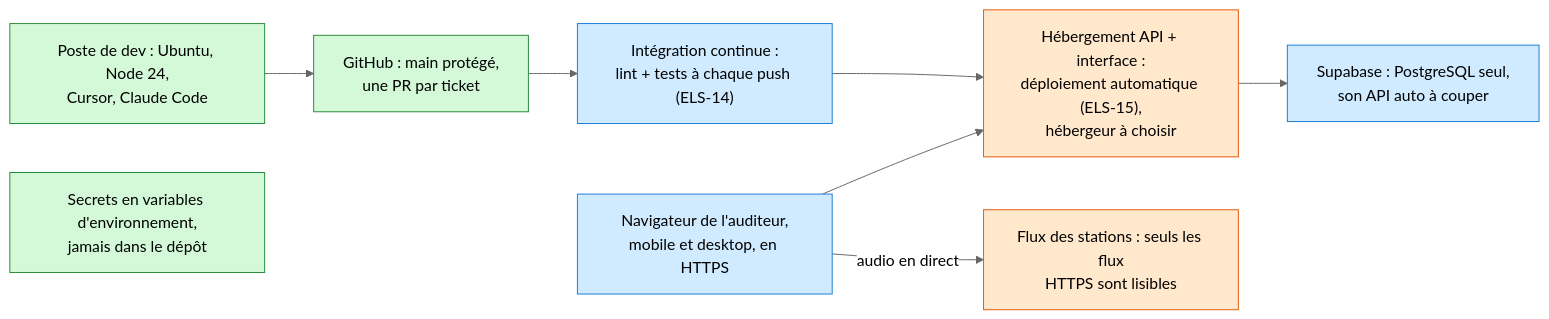
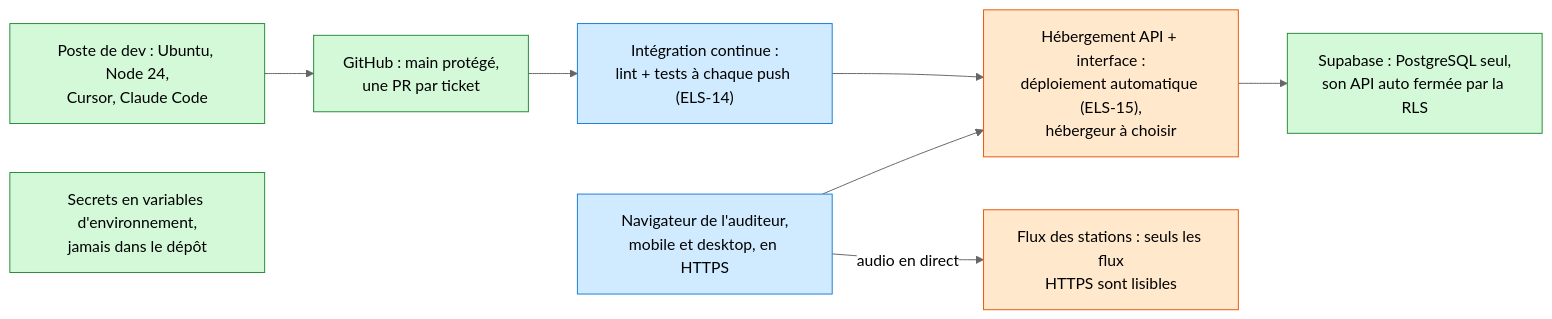
One commit to gvlaurent/elsewhere changed the fourth of 7 diagrams in docs/architecture.md. Above: the diagram before and after it, drawn with Mermaid (neutral theme). The commit also changed other lines of this file and 19 other files, not shown here.

````diff
--- a/docs/architecture.md
+++ b/docs/architecture.md
@@ -113,19 +113,19 @@
 ```mermaid
 flowchart LR
     T1["Poste de dev : Ubuntu, Node 24,<br/>Cursor, Claude Code"]:::code
     T2["GitHub : main protégé,<br/>une PR par ticket"]:::code
     T3["Intégration continue :<br/>lint + tests à chaque push (ELS-14)"]:::decide
     T4["Hébergement API + interface :<br/>déploiement automatique (ELS-15),<br/>hébergeur à choisir"]:::trancher
-    T5["Supabase : PostgreSQL seul,<br/>son API auto à couper"]:::decide
+    T5["Supabase : PostgreSQL seul,<br/>son API auto fermée par la RLS"]:::code
     T6["Secrets en variables d'environnement,<br/>jamais dans le dépôt"]:::code
     T7["Navigateur de l'auditeur,<br/>mobile et desktop, en HTTPS"]:::decide
     T8["Flux des stations : seuls les flux<br/>HTTPS sont lisibles"]:::trancher
 
     T1 --> T2 --> T3 --> T4 --> T5
     T7 --> T4
     T7 -- "audio en direct" --> T8
 
     classDef code fill:#d3f9d8,stroke:#2b8a3e,color:#000
     classDef decide fill:#d0ebff,stroke:#1c7ed6,color:#000
     classDef trancher fill:#ffe8cc,stroke:#e8590c,color:#000
 ```
````
